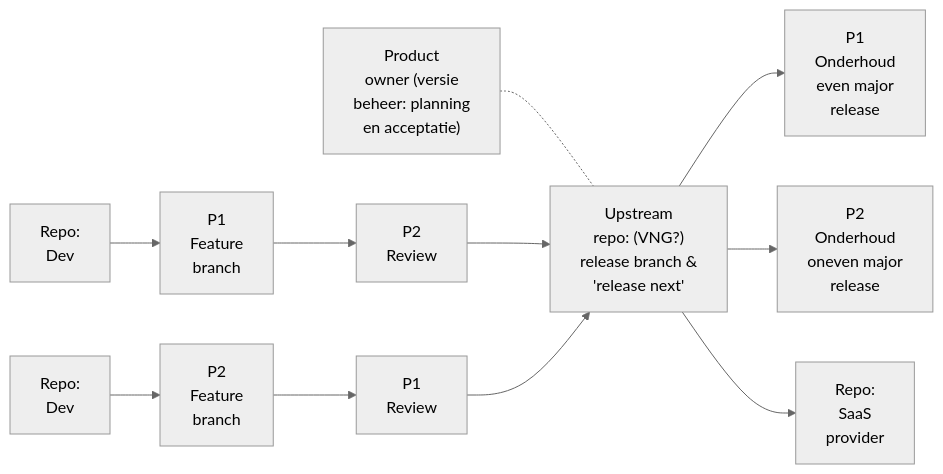
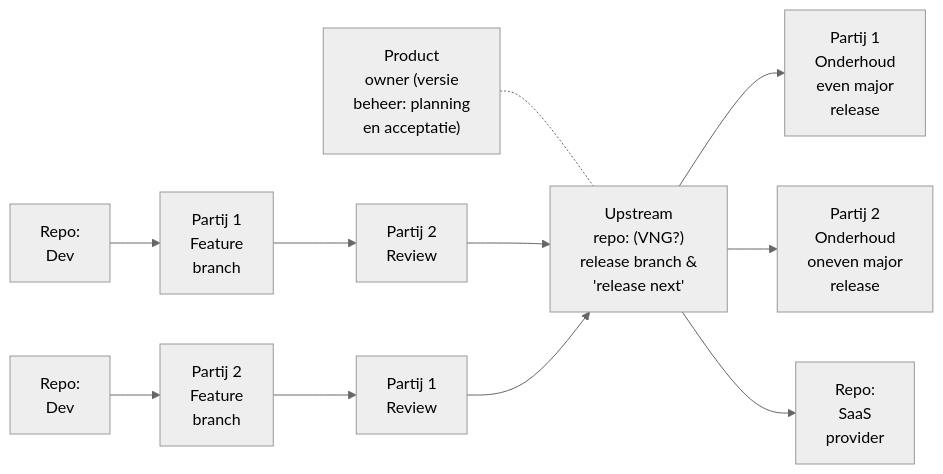
The second of 3 diagrams in docs/verslag-ecosysteem-en-rollen.md (open-zaak/samenwerken), drawn with Mermaid (neutral theme) before and after one commit. The commit also changed other lines of this file and 2 other files, not shown here.

````diff
--- a/docs/verslag-ecosysteem-en-rollen.md
+++ b/docs/verslag-ecosysteem-en-rollen.md
@@ -143,45 +163,45 @@
 ```mermaid
 graph LR
     %% Nodes
     
     %% Left Side: Inputs
     Dev1["Repo:<br/>Dev"]
     Dev2["Repo:<br/>Dev"]
     
     %% Top Stream (P1 works, P2 reviews)
-    FeatP1["P1<br/>Feature<br/>branch"]
-    ReviewP2["P2<br/>Review"]
+    FeatP1["Partij 1<br/>Feature<br/>branch"]
+    ReviewP2["Partij 2<br/>Review"]
     
     %% Bottom Stream (P2 works, P1 reviews)
-    FeatP2["P2<br/>Feature<br/>branch"]
-    ReviewP1["P1<br/>Review"]
+    FeatP2["Partij 2<br/>Feature<br/>branch"]
+    ReviewP1["Partij 1<br/>Review"]
 
     %% Center: Upstream & Management
     Upstream["Upstream<br/>repo: (VNG?)<br/>release branch &<br/>'release next'"]
     PO["Product<br/>owner (versie<br/>beheer: planning<br/>en acceptatie)"]
 
     %% Right Side: Outputs / Maintenance
-    MaintP1["P1<br/>Onderhoud<br/>even major<br/>release"]
-    MaintP2["P2<br/>Onderhoud<br/>oneven major<br/>release"]
+    MaintP1["Partij 1<br/>Onderhoud<br/>even major<br/>release"]
+    MaintP2["Partij 2<br/>Onderhoud<br/>oneven major<br/>release"]
     SaaS["Repo:<br/>SaaS<br/>provider"]
 
     %% Connections
     
     %% PO Logic (dotted line for oversight)
     PO -.- Upstream
 
     %% Workflow 1
     Dev1 --> FeatP1
     FeatP1 --> ReviewP2
     ReviewP2 --> Upstream
     
     %% Workflow 2
     Dev2 --> FeatP2
     FeatP2 --> ReviewP1
     ReviewP1 --> Upstream
 
     %% Downstream / Release
     Upstream --> MaintP1
     Upstream --> MaintP2
     Upstream --> SaaS
 ```
````
